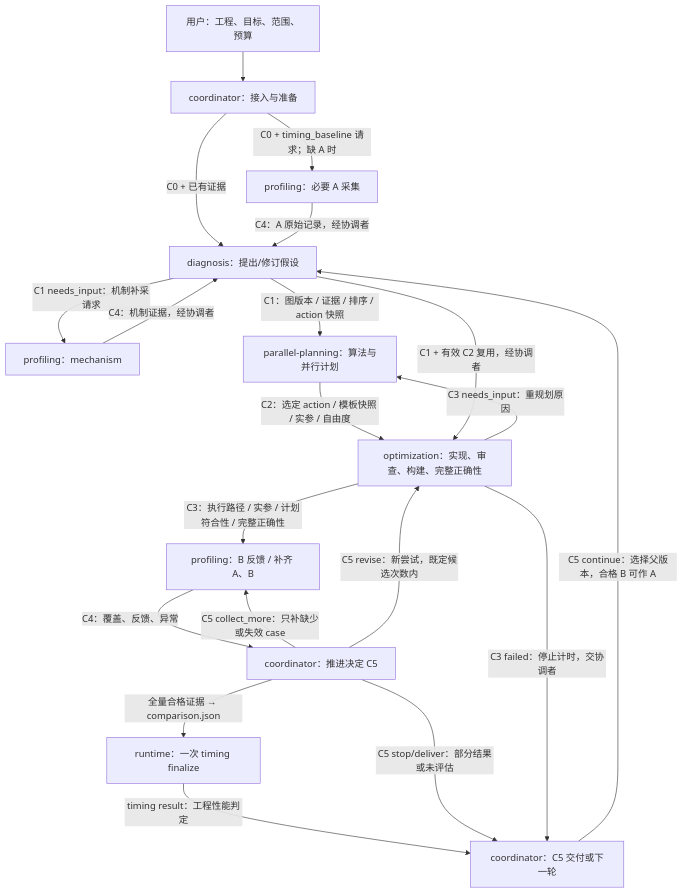
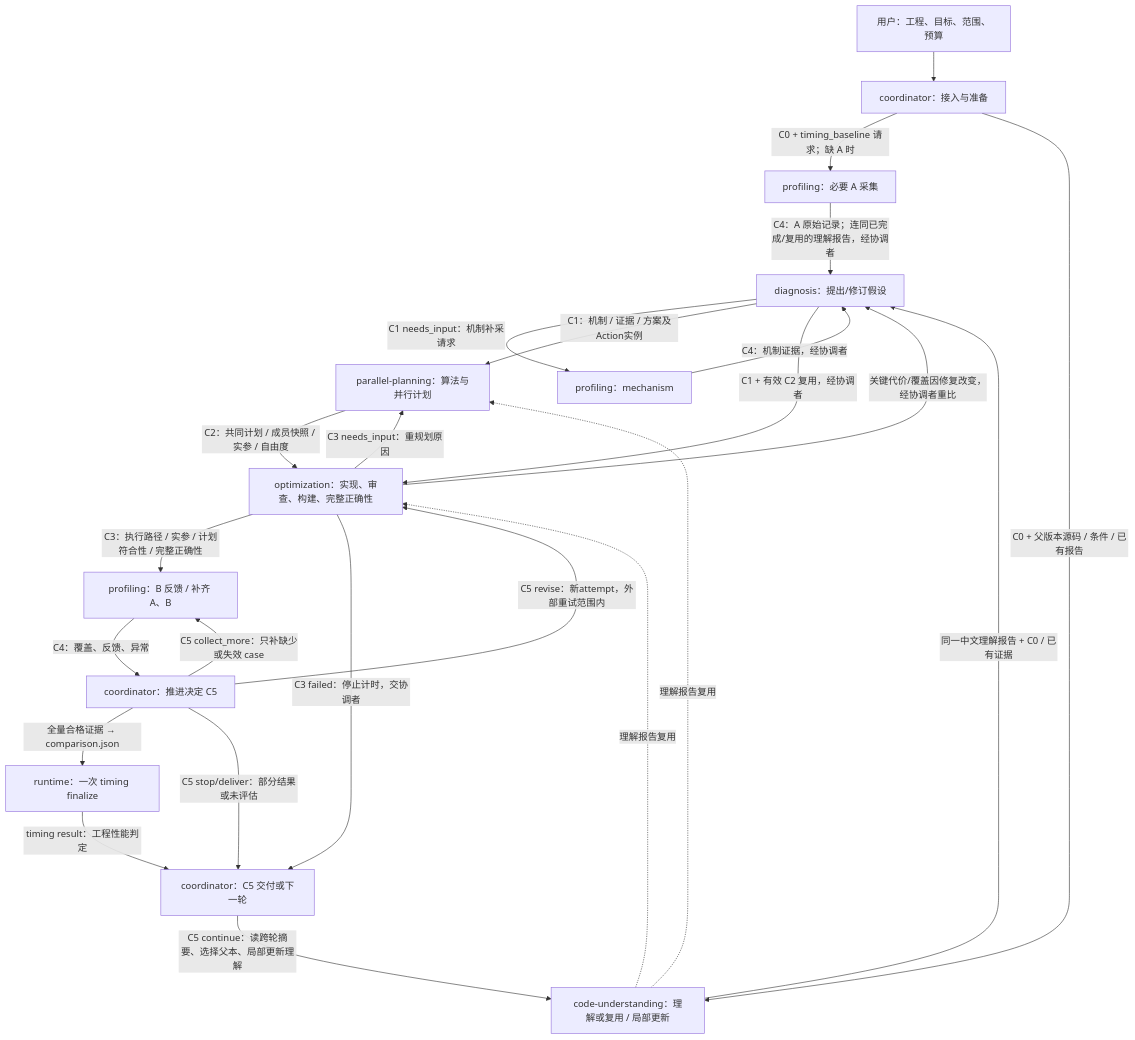
Before and after one commit to jieran-zhang/Aprof: the diagram in skill-libs/graph-base/1.3.0/workflows/aprof-performance-workflow.md, drawn with Mermaid. The commit also changed other lines of this file and 2836 other files, not shown here.

First line of the commit message:
Update graph-base 1.3.0 workflows and runtime 0.8.1

````diff
--- a/skill-libs/graph-base/1.3.0/workflows/aprof-performance-workflow.md
+++ b/skill-libs/graph-base/1.3.0/workflows/aprof-performance-workflow.md
@@ -32,22 +34,26 @@
 ```mermaid
 flowchart TD
     U["用户：工程、目标、范围、预算"] --> C["coordinator：接入与准备"]
     C -->|"C0 + timing_baseline 请求；缺 A 时"| A["profiling：必要 A 采集"]
-    C -->|"C0 + 已有证据"| D["diagnosis：提出/修订假设"]
-    A -->|"C4：A 原始记录，经协调者"| D
+    C -->|"C0 + 父版本源码 / 条件 / 已有报告"| K["code-understanding：理解或复用 / 局部更新"]
+    K -->|"同一中文理解报告 + C0 / 已有证据"| D["diagnosis：提出/修订假设"]
+    A -->|"C4：A 原始记录；连同已完成/复用的理解报告，经协调者"| D
     D -->|"C1 needs_input：机制补采请求"| M["profiling：mechanism"]
     M -->|"C4：机制证据，经协调者"| D
-    D -->|"C1：图版本 / 证据 / 排序 / action 快照"| P["parallel-planning：算法与并行计划"]
-    P -->|"C2：选定 action / 模板快照 / 实参 / 自由度"| O["optimization：实现、审查、构建、完整正确性"]
+    D -->|"C1：机制 / 证据 / 方案及Action实例"| P["parallel-planning：算法与并行计划"]
+    K -.->|"理解报告复用"| P
+    P -->|"C2：共同计划 / 成员快照 / 实参 / 自由度"| O["optimization：实现、审查、构建、完整正确性"]
     D -->|"C1 + 有效 C2 复用，经协调者"| O
+    K -.->|"理解报告复用"| O
+    O -->|"关键代价/覆盖因修复改变，经协调者重比"| D
     O -->|"C3 needs_input：重规划原因"| P
     O -->|"C3：执行路径 / 实参 / 计划符合性 / 完整正确性"| T["profiling：B 反馈 / 补齐 A、B"]
     T -->|"C4：覆盖、反馈、异常"| Q["coordinator：推进决定 C5"]
     Q -->|"C5 collect_more：只补缺少或失效 case"| T
-    Q -->|"C5 revise：新尝试，既定候选次数内"| O
+    Q -->|"C5 revise：新attempt，外部重试范围内"| O
     Q -->|"全量合格证据 → comparison.json"| R["runtime：一次 timing finalize"]
     R -->|"timing result：工程性能判定"| F["coordinator：C5 交付或下一轮"]
     Q -->|"C5 stop/deliver：部分结果或未评估"| F
     O -->|"C3 failed：停止计时，交协调者"| F
-    F -->|"C5 continue：选择父版本，合格 B 可作 A"| D
+    F -->|"C5 continue：读跨轮摘要、选择父本、局部更新理解"| K
 ```
````
